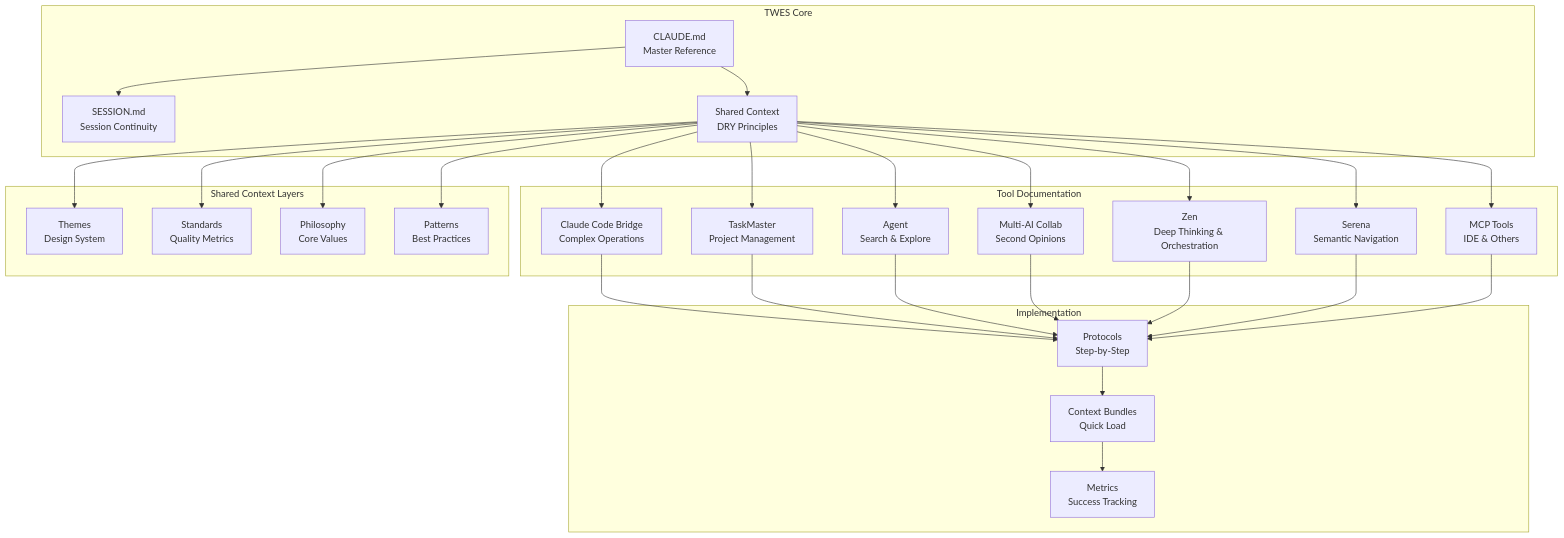
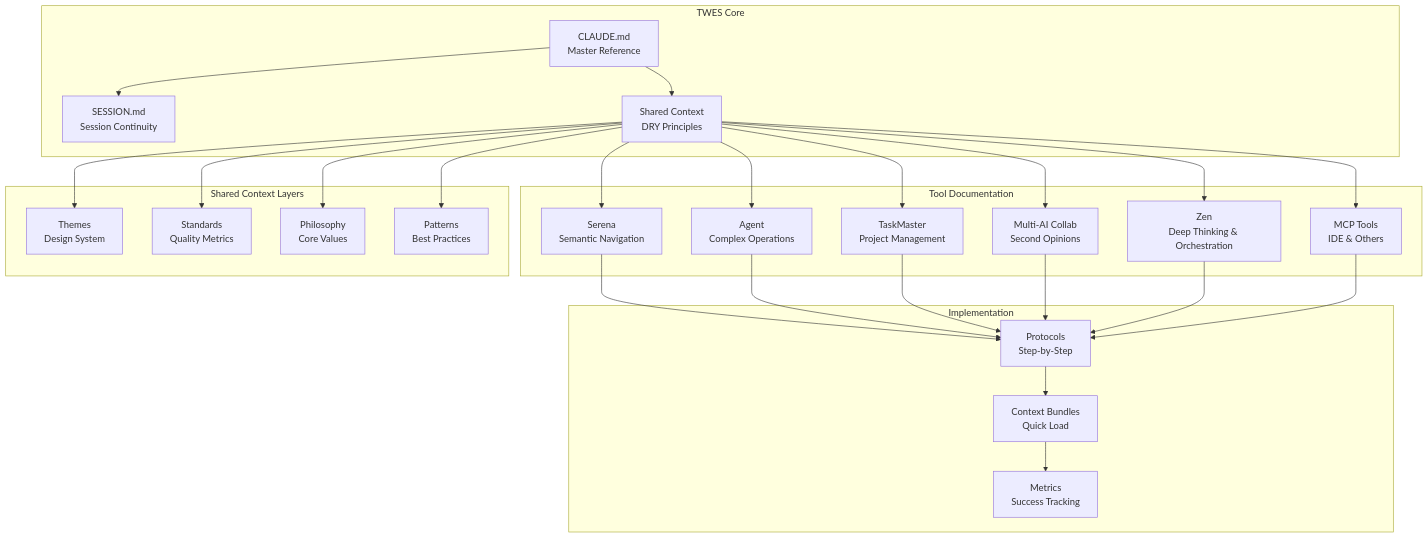
The diagram in docs/ai/TWES-SYSTEM-MAP.md (loucmane/blog), drawn with Mermaid before and after one commit. The commit also changed other lines of this file and 36 other files, not shown here.

First line of the commit message:
feat: migrate from Claude Code Bridge to Agent tool & add /subagent command

````diff
--- a/docs/ai/TWES-SYSTEM-MAP.md
+++ b/docs/ai/TWES-SYSTEM-MAP.md
@@ -7,57 +7,54 @@
 ```mermaid
 graph TB
     subgraph "TWES Core"
         CLAUDE[CLAUDE.md<br/>Master Reference]
         SESSION[SESSION.md<br/>Session Continuity]
         SHARED[Shared Context<br/>DRY Principles]
     end
 
     subgraph "Tool Documentation"
-        CB[Claude Code Bridge<br/>Complex Operations]
+        SERENA[Serena<br/>Semantic Navigation]
+        AG[Agent<br/>Complex Operations]
         TM[TaskMaster<br/>Project Management]
-        AG[Agent<br/>Search & Explore]
         MAC[Multi-AI Collab<br/>Second Opinions]
         ZEN[Zen<br/>Deep Thinking & Orchestration]
-        SERENA[Serena<br/>Semantic Navigation]
         MCP[MCP Tools<br/>IDE & Others]
     end
 
     subgraph "Shared Context Layers"
         THEMES[Themes<br/>Design System]
         STANDARDS[Standards<br/>Quality Metrics]
         PHILOSOPHY[Philosophy<br/>Core Values]
         PATTERNS[Patterns<br/>Best Practices]
     end
 
     subgraph "Implementation"
         PROTOCOLS[Protocols<br/>Step-by-Step]
         BUNDLES[Context Bundles<br/>Quick Load]
         METRICS[Metrics<br/>Success Tracking]
     end
 
     CLAUDE --> SESSION
     CLAUDE --> SHARED
-    SHARED --> CB
+    SHARED --> SERENA
+    SHARED --> AG
     SHARED --> TM
-    SHARED --> AG
     SHARED --> MAC
     SHARED --> ZEN
-    SHARED --> SERENA
     SHARED --> MCP
     
     SHARED --> THEMES
     SHARED --> STANDARDS
     SHARED --> PHILOSOPHY
     SHARED --> PATTERNS
     
-    CB --> PROTOCOLS
+    SERENA --> PROTOCOLS
+    AG --> PROTOCOLS
     TM --> PROTOCOLS
-    AG --> PROTOCOLS
     MAC --> PROTOCOLS
     ZEN --> PROTOCOLS
-    SERENA --> PROTOCOLS
     MCP --> PROTOCOLS
     
     PROTOCOLS --> BUNDLES
     BUNDLES --> METRICS
 ```
````
